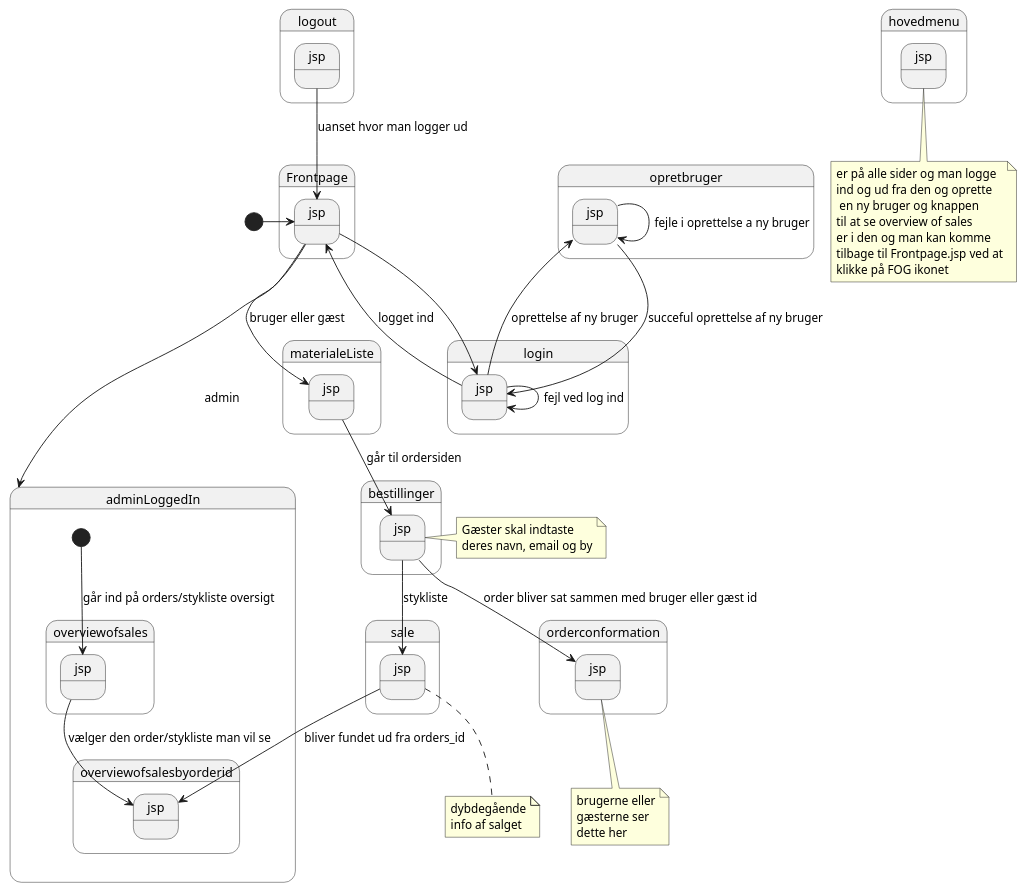
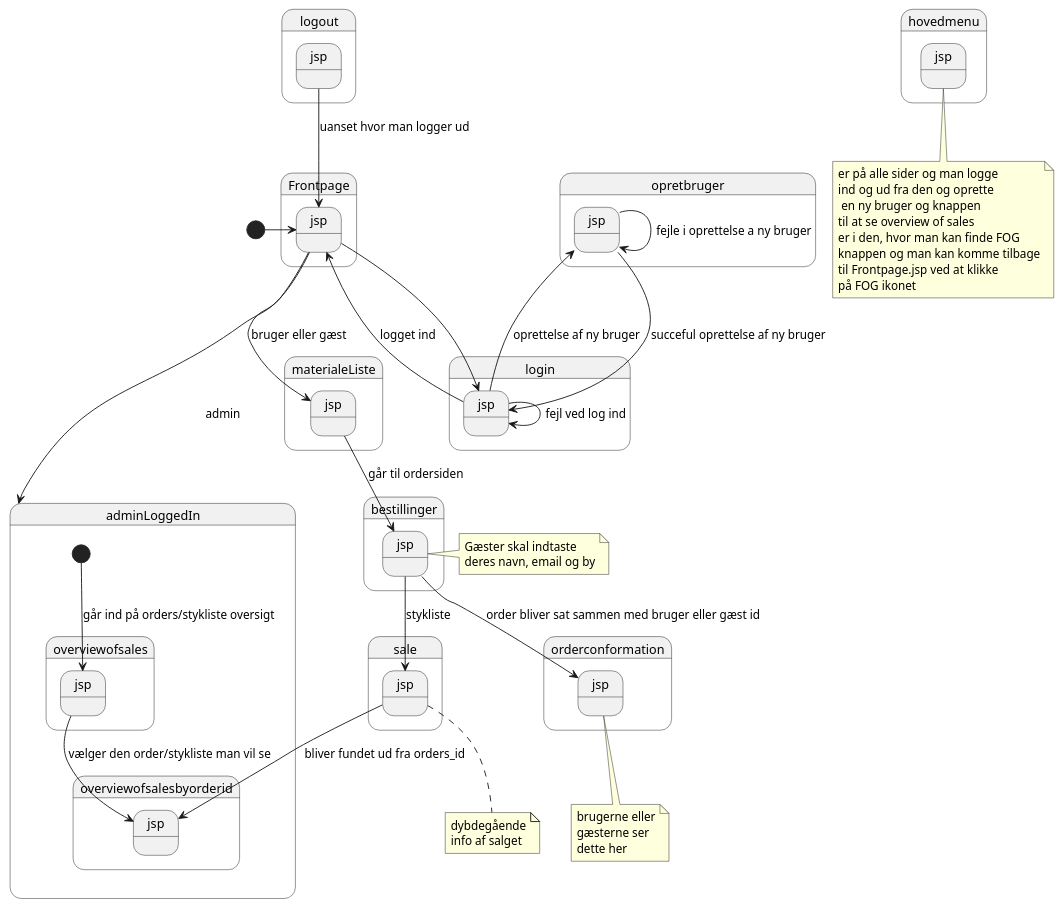
The diagram in PlantUML/NavigationsDiagram.puml (DarkDrinker/Carport-eksamensprojekt-2Sem), drawn with PlantUML before and after one commit.

```diff
--- a/PlantUML/NavigationsDiagram.puml
+++ b/PlantUML/NavigationsDiagram.puml
@@ -1,67 +1,68 @@
 @startuml
 'https://plantuml.com/state-diagram
 
 state Frontpage.jsp
 state login.jsp
 state opretbruger.jsp
 state logout.jsp
 state hovedmenu.jsp
 
 
 
 note bottom of hovedmenu.jsp
  er på alle sider og man logge
  ind og ud fra den og oprette
   en ny bruger og knappen
  til at se overview of sales
- er i den og man kan komme
- tilbage til Frontpage.jsp ved at
- klikke på FOG ikonet
+ er i den, hvor man kan finde FOG
+ knappen og man kan komme tilbage
+ til Frontpage.jsp ved at klikke
+ på FOG ikonet
 end note
 
 
 
 [*] -right-> Frontpage.jsp
 Frontpage.jsp --> login.jsp
 login.jsp--> Frontpage.jsp :logget ind
 Frontpage.jsp-->adminLoggedIn : admin
 login.jsp --> login.jsp : fejl ved log ind
 login.jsp --> opretbruger.jsp : oprettelse af ny bruger
 opretbruger.jsp --> login.jsp : succeful oprettelse af ny bruger
 opretbruger.jsp --> opretbruger.jsp : fejle i oprettelse a ny bruger
 logout.jsp-->Frontpage.jsp : uanset hvor man logger ud
 
 
 
 Frontpage.jsp --> materialeListe.jsp : bruger eller gæst
   materialeListe.jsp --> bestillinger.jsp : går til ordersiden
   bestillinger.jsp-->orderconformation.jsp : order bliver sat sammen med bruger eller gæst id
   bestillinger.jsp-->sale.jsp : stykliste
 
 
 
 note bottom of orderconformation.jsp
 brugerne eller
 gæsterne ser
 dette her
 end note
 
 note bottom of sale.jsp
 dybdegående
 info af salget
 end note
 
 note right of bestillinger.jsp
 Gæster skal indtaste
 deres navn, email og by
 end note
 
 state adminLoggedIn{
 [*]-->overviewofsales.jsp : går ind på orders/stykliste oversigt
 overviewofsales.jsp -->overviewofsalesbyorderid.jsp : vælger den order/stykliste man vil se
 sale.jsp-->overviewofsalesbyorderid.jsp : bliver fundet ud fra orders_id
 }
 
 
 
 @enduml
```
